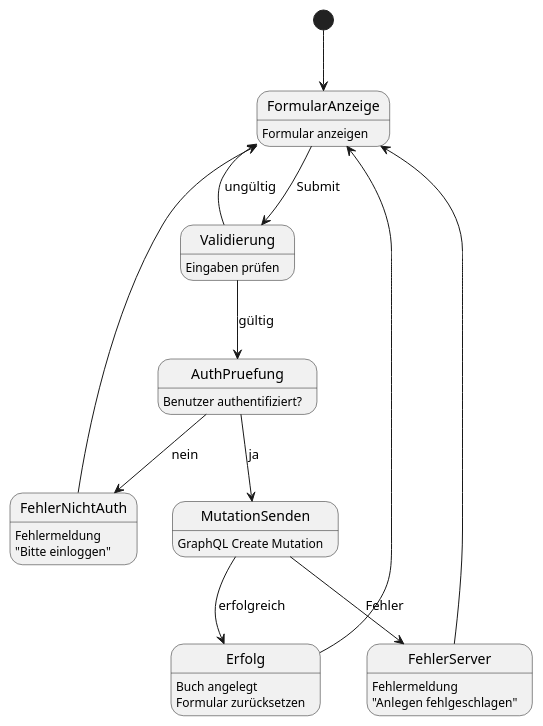
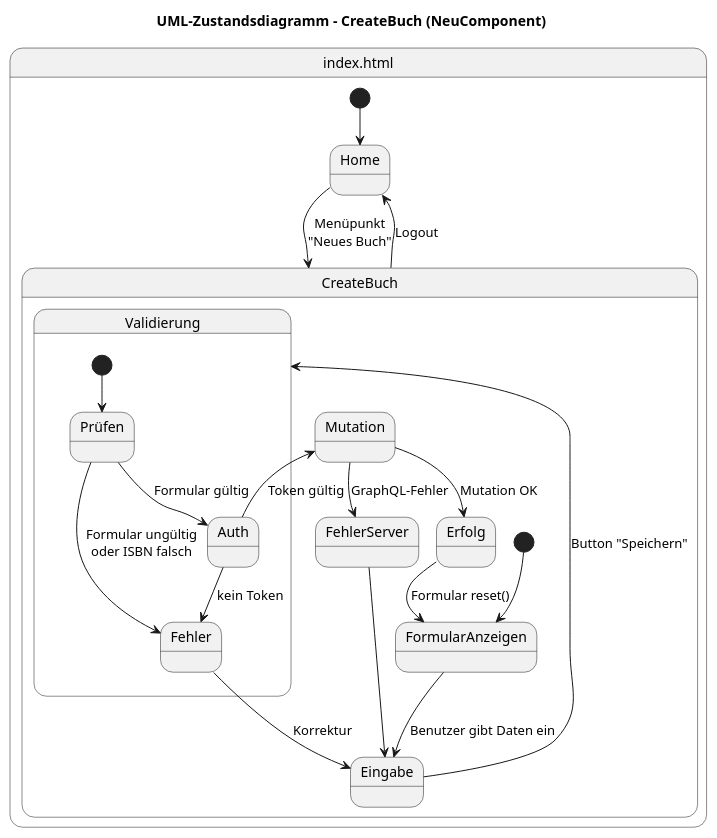
Before and after one commit to sch-lukas/angular-swe: the diagram in .extras/doc/projekthandbuch/Zustandsdiagramm1.plantuml, drawn with PlantUML. The commit also changed 2 other files, not shown here.

Commit message:
Zustandsdiagramme

```diff
--- a/.extras/doc/projekthandbuch/Zustandsdiagramm1.plantuml
+++ b/.extras/doc/projekthandbuch/Zustandsdiagramm1.plantuml
@@ -1,29 +1,38 @@
-@startuml NeuAnlegenZustandsdiagramm
-[*] --> FormularAnzeige
+@startuml CreateBuchClean
+title UML-Zustandsdiagramm – CreateBuch (NeuComponent)
 
-FormularAnzeige : Formular anzeigen
-FormularAnzeige --> Validierung : Submit
+state "index.html" as Index {
 
-Validierung : Eingaben prüfen
-Validierung --> FormularAnzeige : ungültig
+    [*] --> Home
+    Home --> CreateBuch : Menüpunkt\n"Neues Buch"
 
-Validierung --> AuthPruefung : gültig
+    state CreateBuch {
 
-AuthPruefung : Benutzer authentifiziert?
-AuthPruefung --> FehlerNichtAuth : nein
-AuthPruefung --> MutationSenden : ja
+        [*] --> FormularAnzeigen
 
-FehlerNichtAuth : Fehlermeldung\n"Bitte einloggen"
-FehlerNichtAuth --> FormularAnzeige
+        FormularAnzeigen --> Eingabe : Benutzer gibt Daten ein
+    Eingabe --> Validierung : Button "Speichern"
 
-MutationSenden : GraphQL Create Mutation
-MutationSenden --> Erfolg : erfolgreich
-MutationSenden --> FehlerServer : Fehler
+        state Validierung {
+            [*] --> Prüfen
+            Prüfen --> Fehler : Formular ungültig\noder ISBN falsch
+            Prüfen --> Auth : Formular gültig
+        }
 
-Erfolg : Buch angelegt\nFormular zurücksetzen
-Erfolg --> FormularAnzeige
+        Fehler --> Eingabe : Korrektur
 
-FehlerServer : Fehlermeldung\n"Anlegen fehlgeschlagen"
-FehlerServer --> FormularAnzeige
+        Auth --> Fehler : kein Token
+        Auth --> Mutation : Token gültig
+
+        Mutation --> FehlerServer : GraphQL-Fehler
+        Mutation --> Erfolg : Mutation OK
+
+        FehlerServer --> Eingabe
+
+        Erfolg --> FormularAnzeigen : Formular reset()
+    }
+
+    CreateBuch --> Home : Logout
+}
 
 @enduml
```
